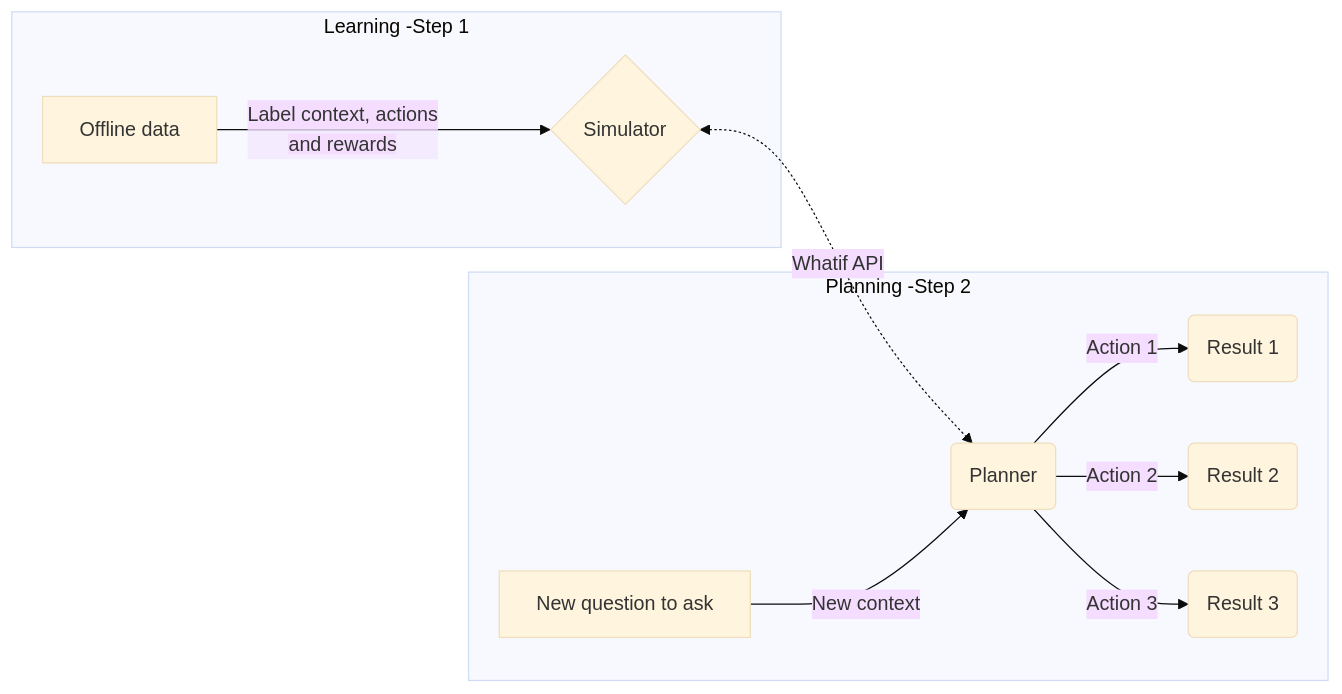
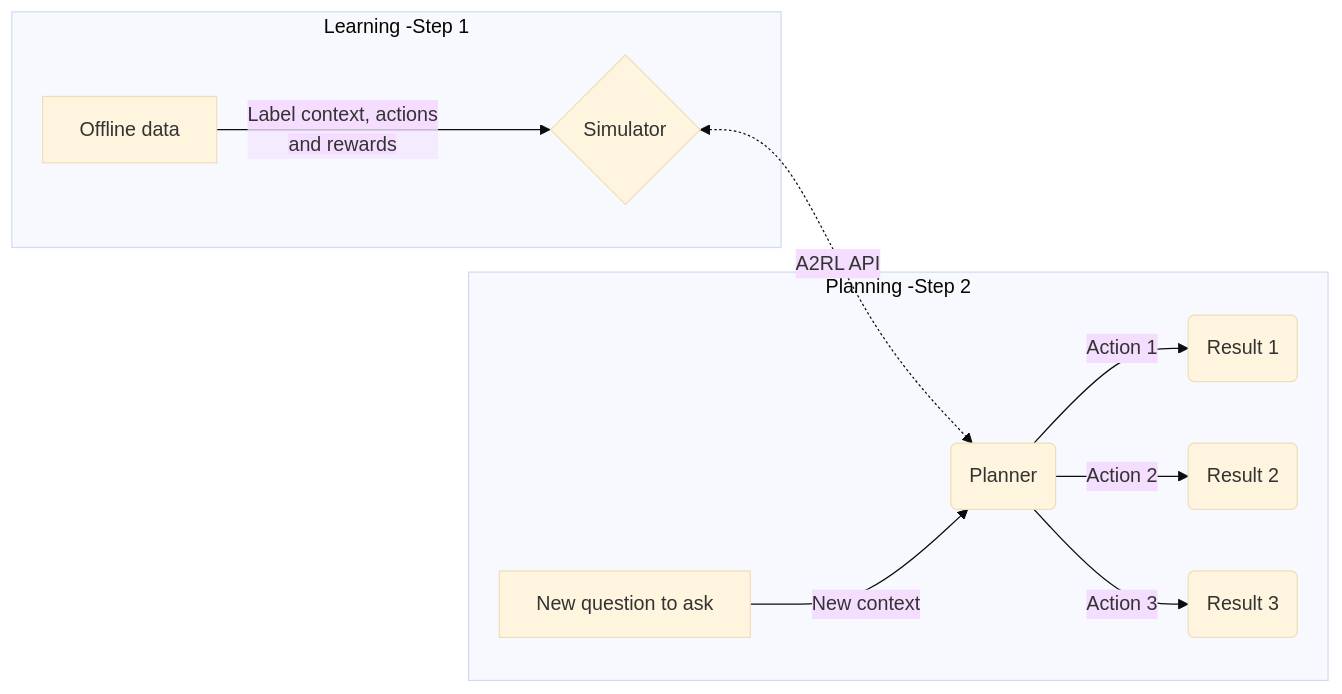
One commit to awslabs/amazon-accessible-rl-sdk changed the first of 13 diagrams in docs/start_here.md. Above: the diagram before and after it, drawn with Mermaid (base theme). The commit also changed other lines of this file and 6 other files, not shown here.

````diff
--- a/docs/start_here.md
+++ b/docs/start_here.md
@@ -11,15 +11,15 @@
 ```{mermaid}
 flowchart LR
 
     subgraph Learning -Step 1
     A[Offline data] -->|Label context, actions <div></div> and rewards| B{Simulator}
     end
-    B <-.->|Whatif API| C(Planner)
+    B <-.->|A2RL API| C(Planner)
 
     subgraph Planning -Step 2
     D[New question to ask] -->|New context| C
     C -->|Action 1| E(Result 1)
     C -->|Action 2| F(Result 2)
     C -->|Action 3| G(Result 3)
     end
 ```
````
